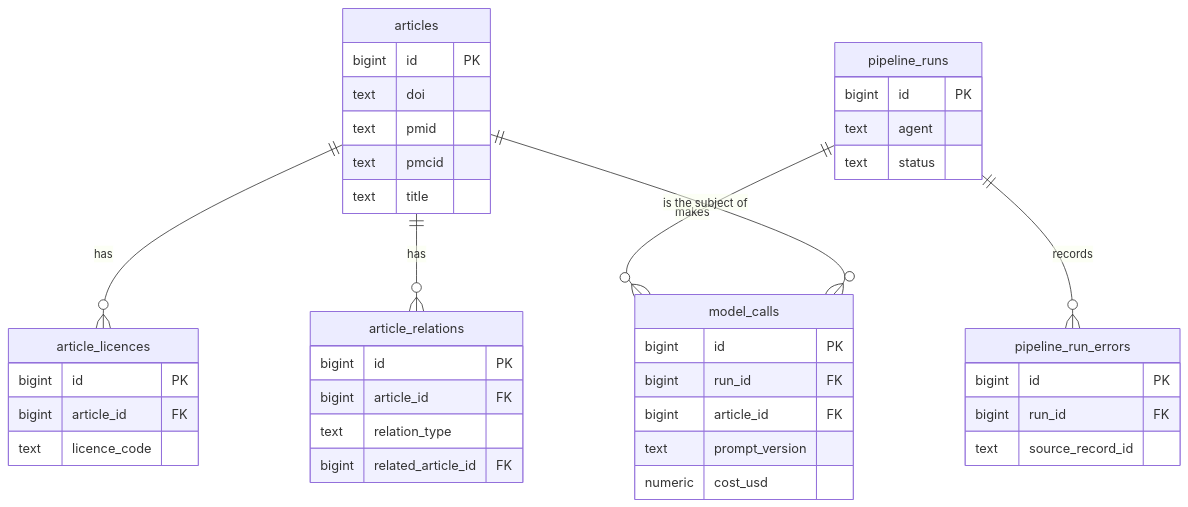
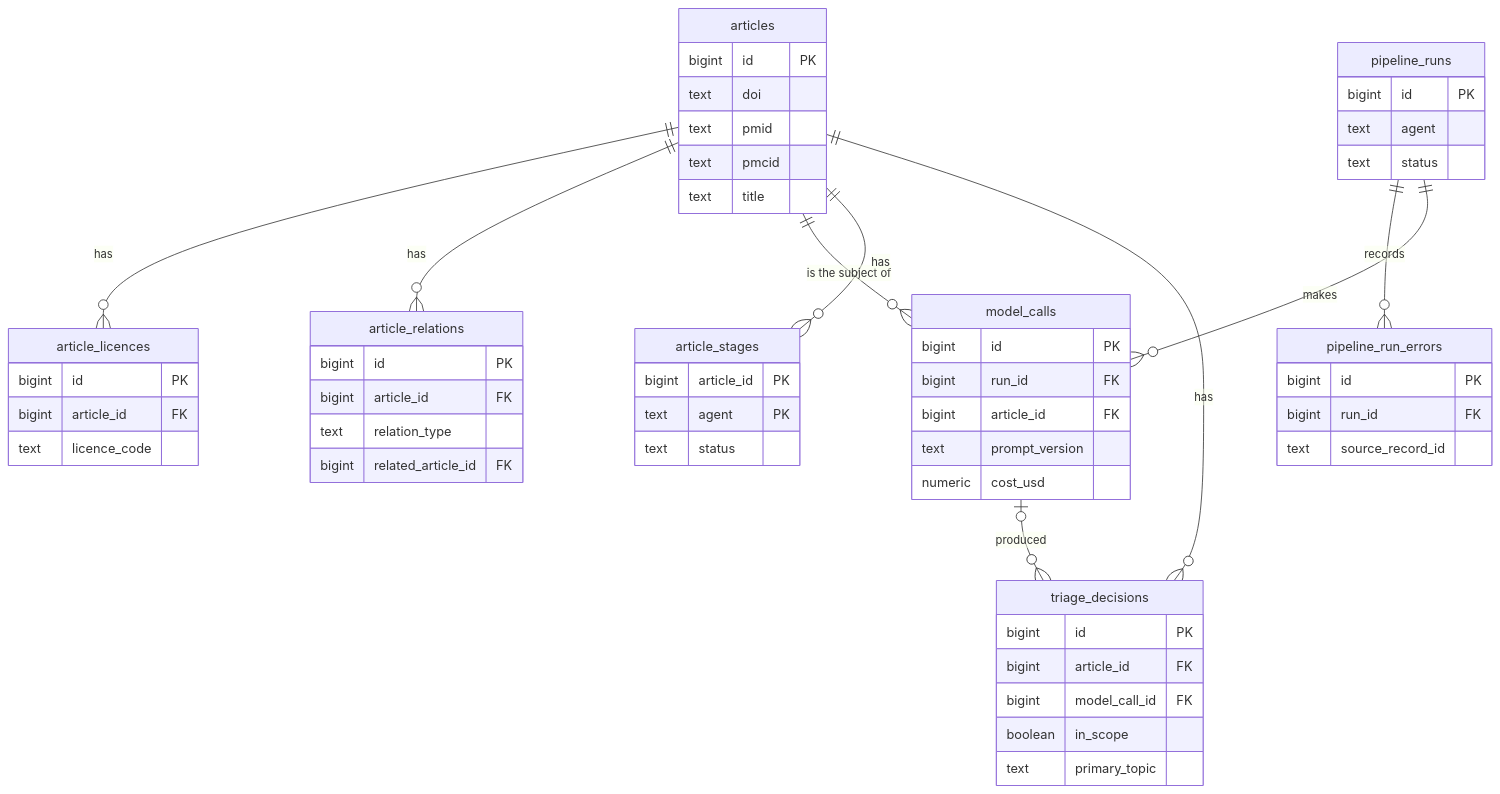
Before and after one commit to wpalombini/nutri-minutes: the diagram in docs/database.md, drawn with Mermaid. The commit also changed other lines of this file and 16 other files, not shown here.

````diff
--- a/docs/database.md
+++ b/docs/database.md
@@ -9,44 +9,59 @@
 ```mermaid
 erDiagram
     articles ||--o{ article_licences : "has"
     articles ||--o{ article_relations : "has"
     pipeline_runs ||--o{ pipeline_run_errors : "records"
     pipeline_runs ||--o{ model_calls : "makes"
     articles ||--o{ model_calls : "is the subject of"
+    articles ||--o{ article_stages : "has"
+    articles ||--o{ triage_decisions : "has"
+    model_calls |o--o{ triage_decisions : "produced"
 
     articles {
         bigint id PK
         text doi
         text pmid
         text pmcid
         text title
     }
     article_licences {
         bigint id PK
         bigint article_id FK
         text licence_code
     }
     article_relations {
         bigint id PK
         bigint article_id FK
         text relation_type
         bigint related_article_id FK
     }
     pipeline_runs {
         bigint id PK
         text agent
         text status
     }
     pipeline_run_errors {
         bigint id PK
         bigint run_id FK
         text source_record_id
     }
     model_calls {
         bigint id PK
         bigint run_id FK
         bigint article_id FK
         text prompt_version
         numeric cost_usd
     }
+    article_stages {
+        bigint article_id PK
+        text agent PK
+        text status
+    }
+    triage_decisions {
+        bigint id PK
+        bigint article_id FK
+        bigint model_call_id FK
+        boolean in_scope
+        text primary_topic
+    }
 ```
````
